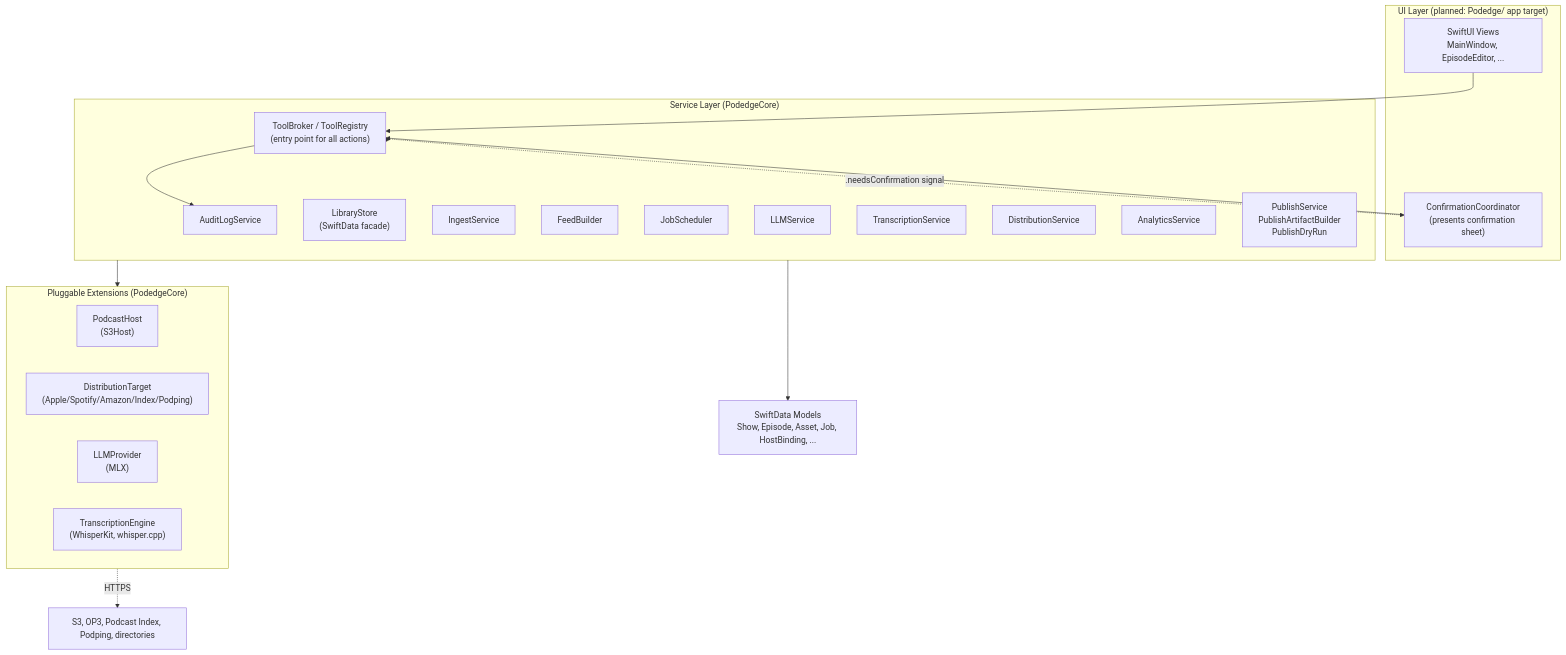
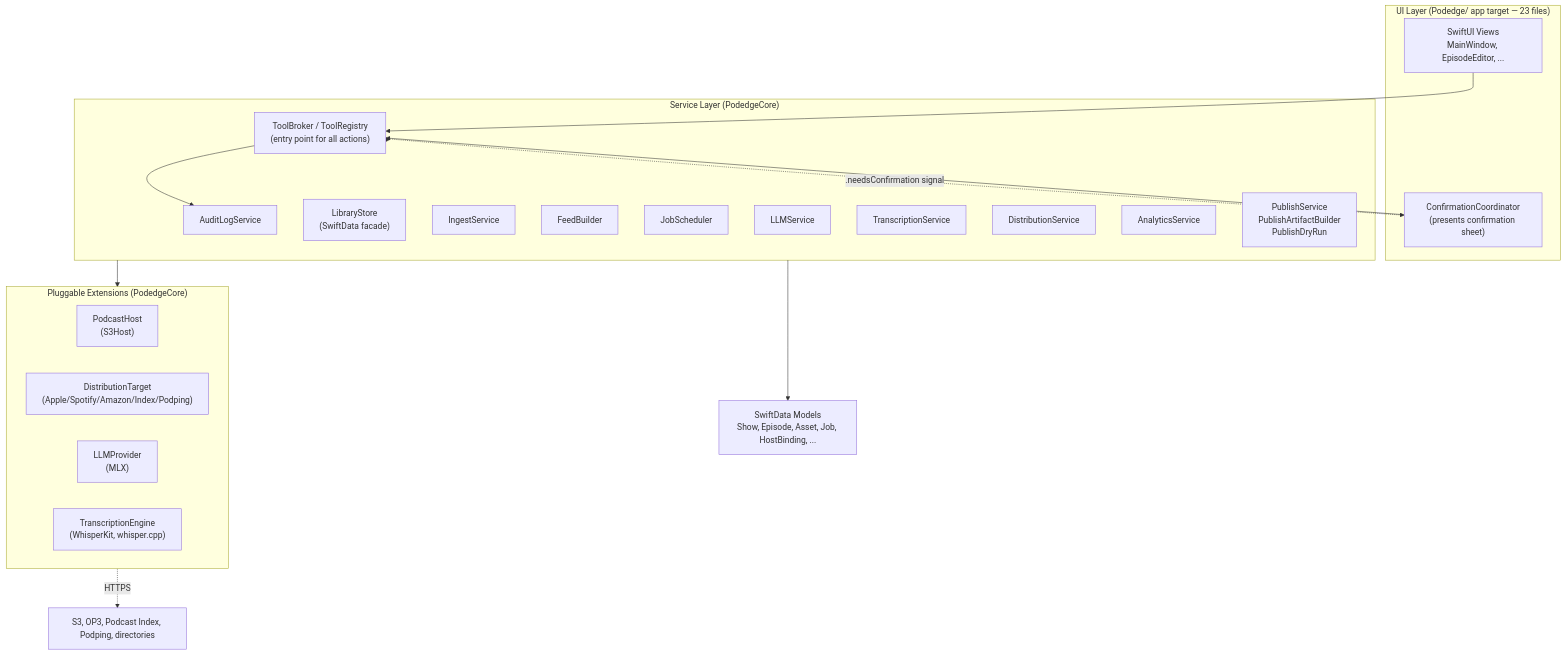
The first of 2 diagrams in docs/dev/mental-model.md (rjourdan/podedge), drawn with Mermaid before and after one commit. The commit also changed other lines of this file and 26 other files, not shown here.

````diff
--- a/docs/dev/mental-model.md
+++ b/docs/dev/mental-model.md
@@ -29,36 +30,36 @@
 ```mermaid
 flowchart TB
-    subgraph UI["UI Layer (planned: Podedge/ app target)"]
+    subgraph UI["UI Layer (Podedge/ app target — 23 files)"]
         Views["SwiftUI Views<br/>MainWindow, EpisodeEditor, ..."]
         Confirm["ConfirmationCoordinator<br/>(presents confirmation sheet)"]
     end
     subgraph Services["Service Layer (PodedgeCore)"]
         Broker["ToolBroker / ToolRegistry<br/>(entry point for all actions)"]
         Audit["AuditLogService"]
         Library["LibraryStore<br/>(SwiftData facade)"]
         Ingest["IngestService"]
         Feed["FeedBuilder"]
         Jobs["JobScheduler"]
         LLM["LLMService"]
         Trans["TranscriptionService"]
         Dist["DistributionService"]
         Anal["AnalyticsService"]
         Publish["PublishService<br/>PublishArtifactBuilder<br/>PublishDryRun"]
     end
     subgraph Ext["Pluggable Extensions (PodedgeCore)"]
         Hosts["PodcastHost<br/>(S3Host)"]
         Targets["DistributionTarget<br/>(Apple/Spotify/Amazon/Index/Podping)"]
         LLMs["LLMProvider<br/>(MLX)"]
         Engines["TranscriptionEngine<br/>(WhisperKit, whisper.cpp)"]
     end
     Models["SwiftData Models<br/>Show, Episode, Asset, Job, HostBinding, ..."]
 
     Views --> Broker
     Broker -. ".needsConfirmation signal" .-> Confirm
     Confirm --> Broker
     Broker --> Audit
     Broker --> Services
     Services --> Models
     Services --> Ext
     Ext -.->|HTTPS| World["S3, OP3, Podcast Index, Podping, directories"]
 ```
````
